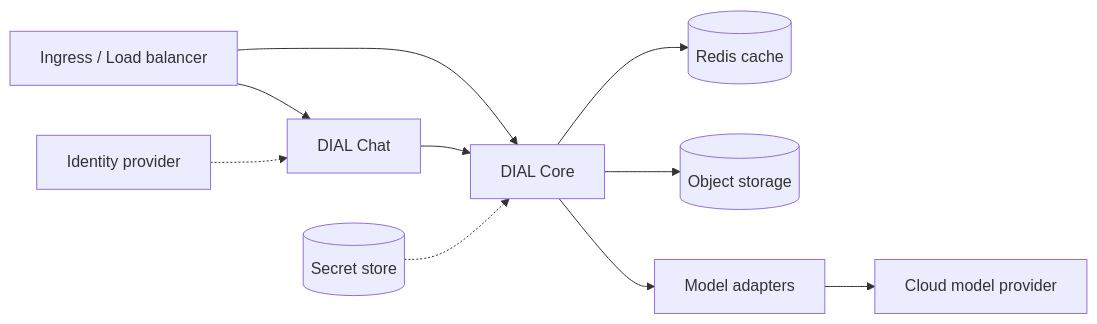
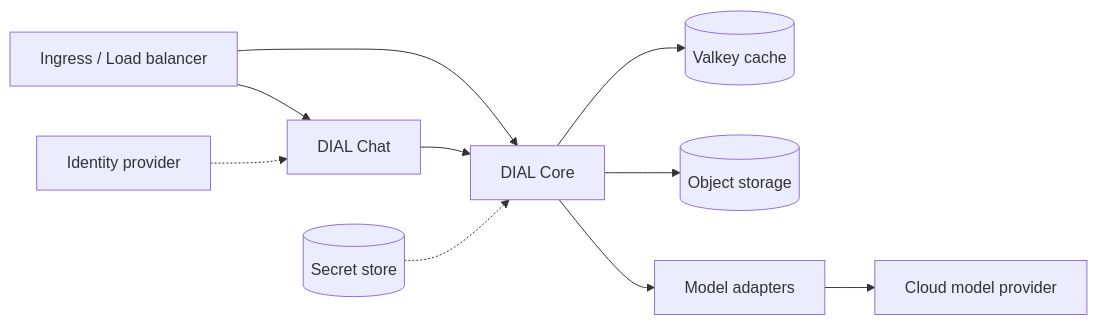
Before and after one commit to epam/ai-dial: the diagram in docs_v2/4.operating-dial/2.cloud-deployment/0.index.md, drawn with Mermaid. The commit also changed other lines of this file and 9 other files, not shown here.

First line of the commit message:
docs(deploy): bundled cache Redis -> Valkey in cloud/production docs [PR #555]

````diff
--- a/docs_v2/4.operating-dial/2.cloud-deployment/0.index.md
+++ b/docs_v2/4.operating-dial/2.cloud-deployment/0.index.md
@@ -46,12 +46,12 @@
 ```mermaid
 flowchart LR
   Ingress[Ingress / Load balancer] --> Chat[DIAL Chat]
   Ingress --> Core[DIAL Core]
   Chat --> Core
-  Core --> Redis[(Redis cache)]
+  Core --> Valkey[(Valkey cache)]
   Core --> Blob[(Object storage)]
   Core --> Adapters[Model adapters]
   Adapters --> Models[Cloud model provider]
   IdP[Identity provider] -.-> Chat
   Secrets[(Secret store)] -.-> Core
 ```
````
